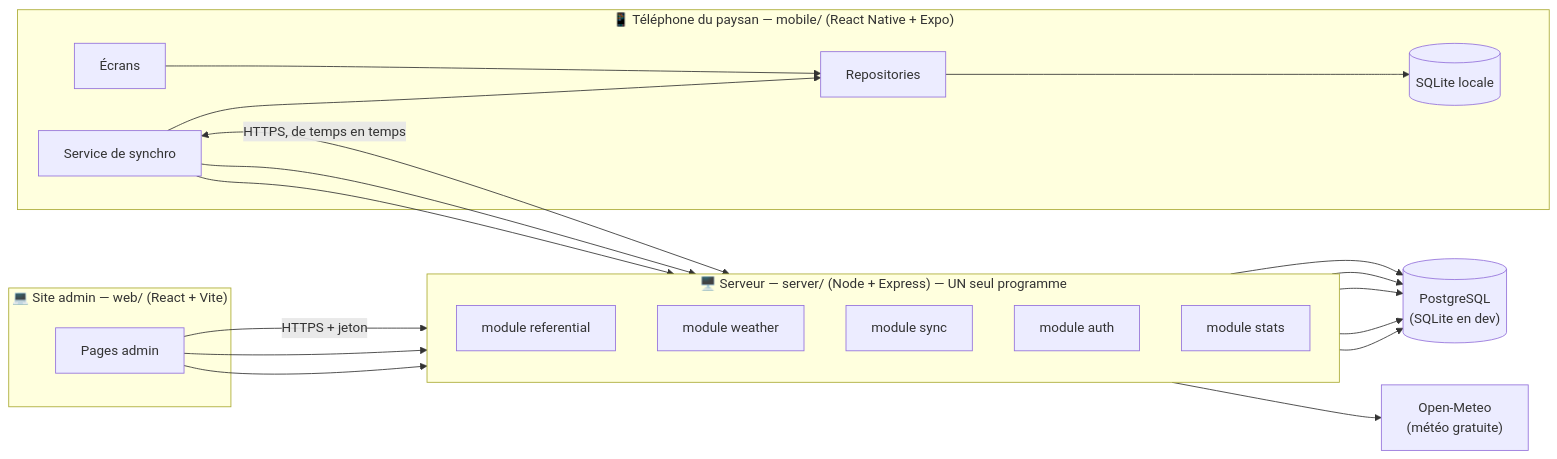
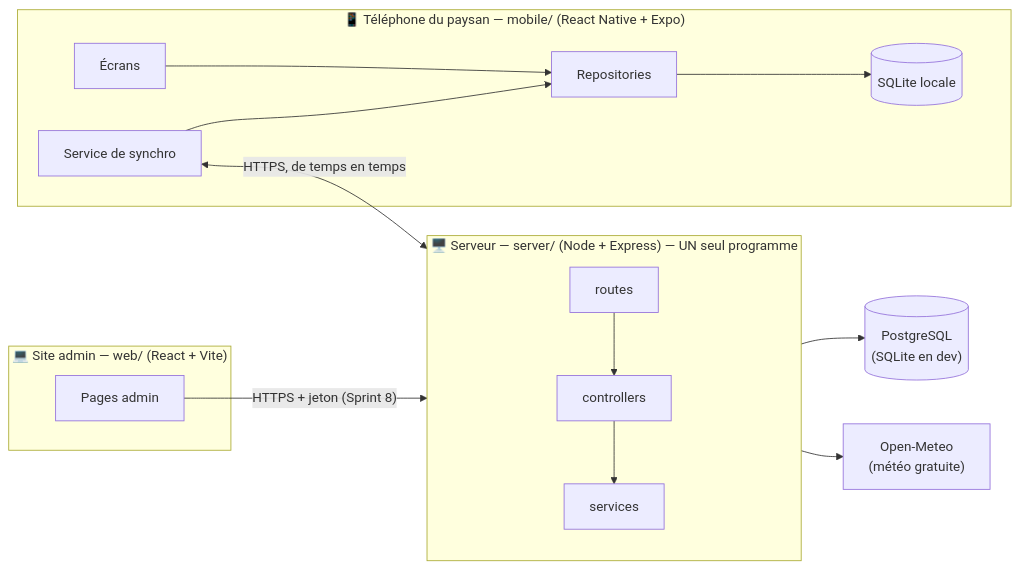
The first of 2 diagrams in docs/ARCHITECTURE.md (Mathieu-35/tantsaha-connect), drawn with Mermaid before and after one commit. The commit also changed other lines of this file and 12 other files, not shown here.

````diff
--- a/docs/ARCHITECTURE.md
+++ b/docs/ARCHITECTURE.md
@@ -33,33 +33,24 @@
 ```mermaid
 flowchart LR
   subgraph Phone["📱 Téléphone du paysan — mobile/ (React Native + Expo)"]
     UI["Écrans"] --> Repo["Repositories"] --> SQ[("SQLite locale")]
     Sync["Service de synchro"] --> Repo
   end
 
   subgraph Web["💻 Site admin — web/ (React + Vite)"]
     AdminUI["Pages admin"]
   end
 
   subgraph Server["🖥️ Serveur — server/ (Node + Express) — UN seul programme"]
     direction TB
-    M1["module referential"]
-    M2["module weather"]
-    M3["module sync"]
-    M4["module auth"]
-    M5["module stats"]
+    R["routes"] --> C["controllers"] --> S["services"]
   end
 
   DB[("PostgreSQL\n(SQLite en dev)")]
   OM["Open-Meteo\n(météo gratuite)"]
 
-  Sync <-- "HTTPS, de temps en temps" --> M3
-  Sync --> M1
-  Sync --> M2
-  AdminUI -- "HTTPS + jeton" --> M4
-  AdminUI --> M1
-  AdminUI --> M5
-  M1 & M3 & M4 & M5 --> DB
-  M2 --> DB
-  M2 --> OM
+  Sync <-- "HTTPS, de temps en temps" --> R
+  AdminUI -- "HTTPS + jeton (Sprint 8)" --> R
+  S --> DB
+  S --> OM
 ```
````
